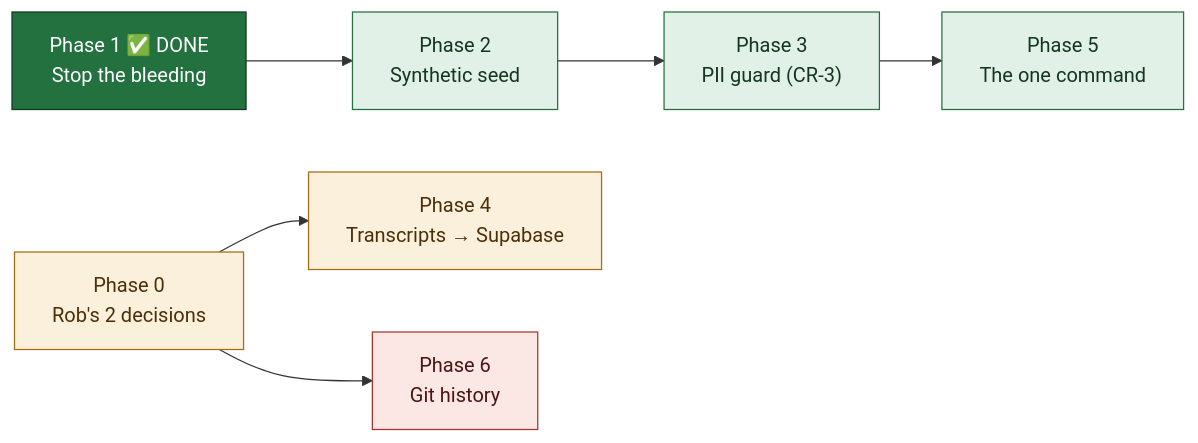
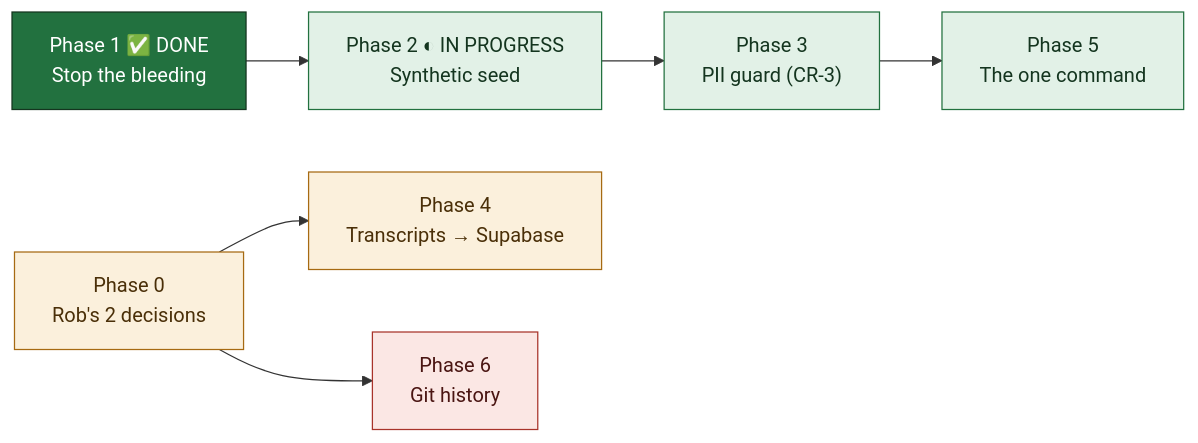
Before and after one commit to blacklabelbob/mle-rob-dashboard: the diagram in docs/plans/PRD-scaffolding-in-git-data-in-supabase-v1.md, drawn with Mermaid. The commit also changed other lines of this file and 4 other files, not shown here.

````diff
--- a/docs/plans/PRD-scaffolding-in-git-data-in-supabase-v1.md
+++ b/docs/plans/PRD-scaffolding-in-git-data-in-supabase-v1.md
@@ -30,19 +30,19 @@
 ```mermaid
 graph LR
   P0["Phase 0<br/>Rob's 2 decisions"]:::blocked
   P1["Phase 1 ✅ DONE<br/>Stop the bleeding"]:::done
-  P2["Phase 2<br/>Synthetic seed"]:::ready
+  P2["Phase 2 ◐ IN PROGRESS<br/>Synthetic seed"]:::ready
   P3["Phase 3<br/>PII guard (CR-3)"]:::ready
   P5["Phase 5<br/>The one command"]:::ready
   P4["Phase 4<br/>Transcripts → Supabase"]:::blocked
   P6["Phase 6<br/>Git history"]:::danger
 
   P1 --> P2 --> P3 --> P5
   P0 --> P4
   P0 --> P6
 
   classDef done fill:#22713F,stroke:#14351F,color:#FFFFFF
   classDef ready fill:#E2F1E7,stroke:#22713F,color:#14351F
   classDef blocked fill:#FBF0DC,stroke:#A66A12,color:#4A2F08
   classDef danger fill:#FBE7E4,stroke:#A8332A,color:#4A1512
 ```
````
